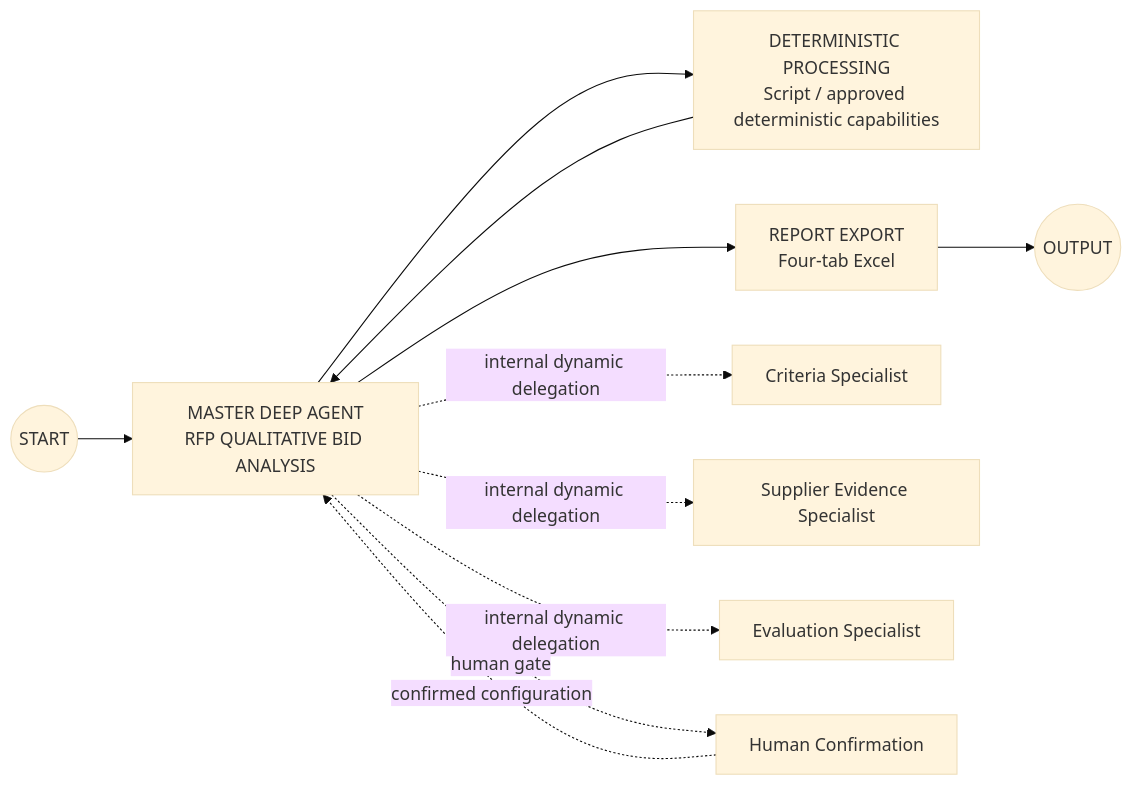
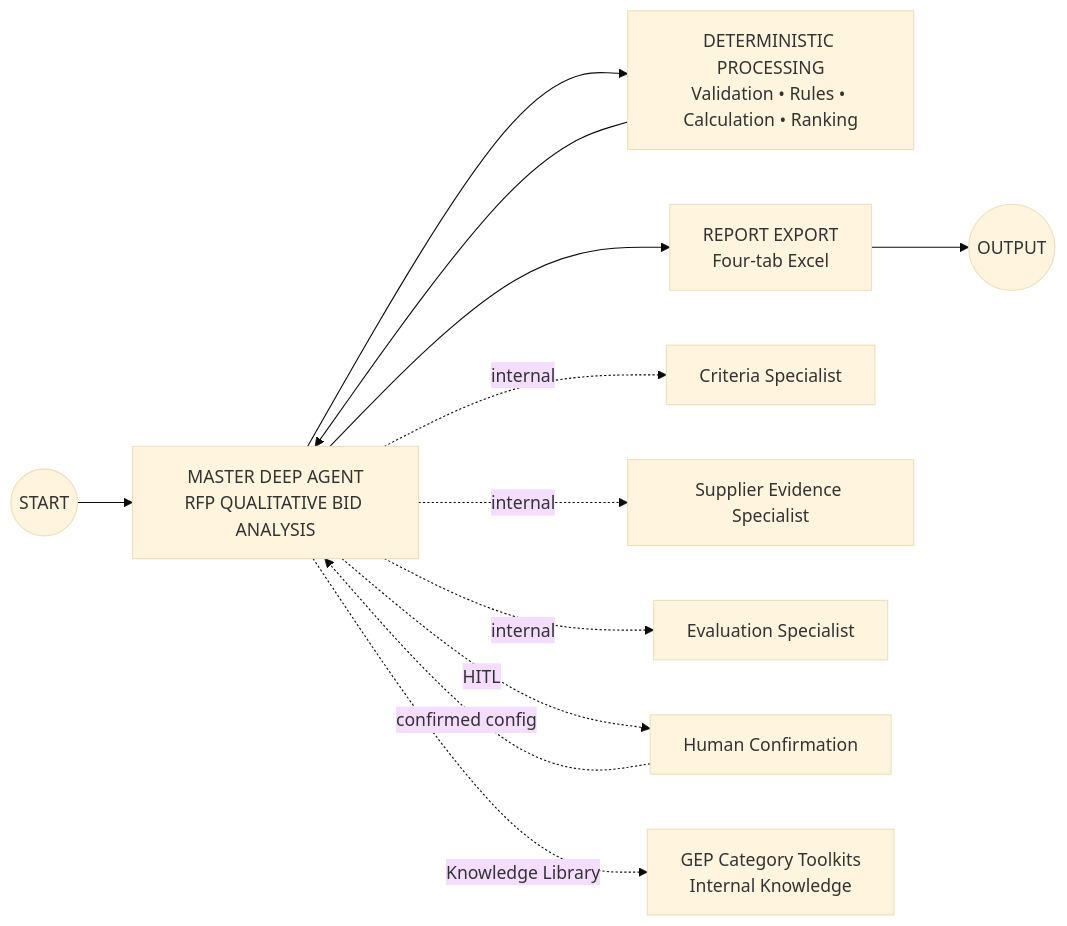
The first of 2 diagrams in Bid Analysis Agent/07-QI Studio Orchestration Blueprint.md (adityarane-ai/Agentic-Orchestrations), drawn with Mermaid (base theme) before and after one commit. The commit also changed other lines of this file, not shown here.

Commit message:
Add GEP Knowledge Library tools and governance to QI Studio blueprint

````diff
--- a/Bid Analysis Agent/07-QI Studio Orchestration Blueprint.md
+++ b/Bid Analysis Agent/07-QI Studio Orchestration Blueprint.md
@@ -21,14 +13,16 @@
 ```mermaid
 flowchart LR
     START((START)) --> MASTER[MASTER DEEP AGENT<br/>RFP QUALITATIVE BID ANALYSIS]
-    MASTER --> DET[DETERMINISTIC PROCESSING<br/>Script / approved deterministic capabilities]
+    MASTER --> DET[DETERMINISTIC PROCESSING<br/>Validation • Rules • Calculation • Ranking]
     DET --> MASTER
     MASTER --> EXPORT[REPORT EXPORT<br/>Four-tab Excel]
     EXPORT --> OUTPUT((OUTPUT))
 
-    MASTER -. internal dynamic delegation .-> C[Criteria Specialist]
-    MASTER -. internal dynamic delegation .-> S[Supplier Evidence Specialist]
-    MASTER -. internal dynamic delegation .-> E[Evaluation Specialist]
-    MASTER -. human gate .-> H[Human Confirmation]
-    H -. confirmed configuration .-> MASTER
+    MASTER -. internal .-> C[Criteria Specialist]
+    MASTER -. internal .-> S[Supplier Evidence Specialist]
+    MASTER -. internal .-> E[Evaluation Specialist]
+    MASTER -. HITL .-> H[Human Confirmation]
+    H -. confirmed config .-> MASTER
+
+    MASTER -. Knowledge Library .-> KL[GEP Category Toolkits<br/>Internal Knowledge]
 ```
````
